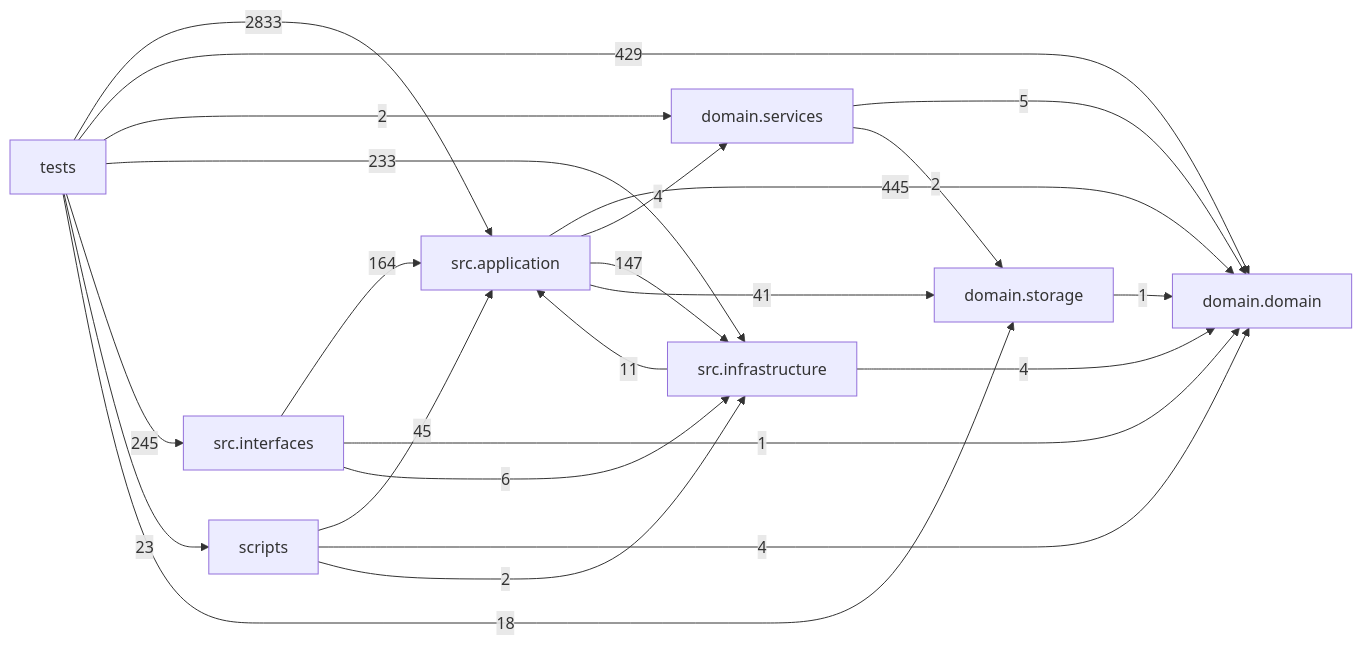
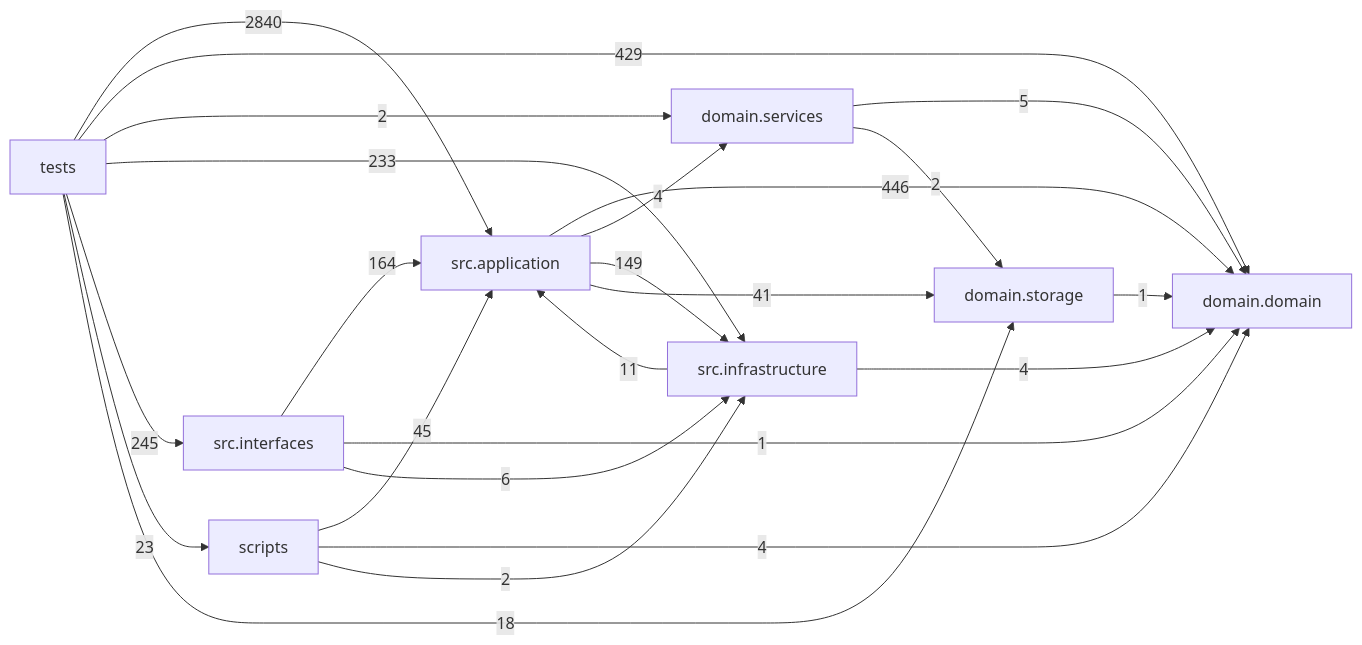
The diagram in docs/DEPENDENCY_GRAPH.md (liuxie066/options-monitor), drawn with Mermaid before and after one commit. The commit also changed other lines of this file and 15 other files, not shown here.

````diff
--- a/docs/DEPENDENCY_GRAPH.md
+++ b/docs/DEPENDENCY_GRAPH.md
@@ -24,33 +24,33 @@
 ```mermaid
 flowchart LR
   tests["tests"]
   scripts["scripts"]
   interfaces["src.interfaces"]
   application["src.application"]
   infrastructure["src.infrastructure"]
   domain_services["domain.services"]
   domain["domain.domain"]
   storage["domain.storage"]
-  application -->|445| domain
+  application -->|446| domain
   application -->|4| domain_services
-  application -->|147| infrastructure
+  application -->|149| infrastructure
   application -->|41| storage
   domain_services -->|5| domain
   domain_services -->|2| storage
   infrastructure -->|11| application
   infrastructure -->|4| domain
   interfaces -->|164| application
   interfaces -->|1| domain
   interfaces -->|6| infrastructure
   scripts -->|45| application
   scripts -->|4| domain
   scripts -->|2| infrastructure
   storage -->|1| domain
-  tests -->|2833| application
+  tests -->|2840| application
   tests -->|429| domain
   tests -->|2| domain_services
   tests -->|233| infrastructure
   tests -->|245| interfaces
   tests -->|23| scripts
   tests -->|18| storage
 ```
````
